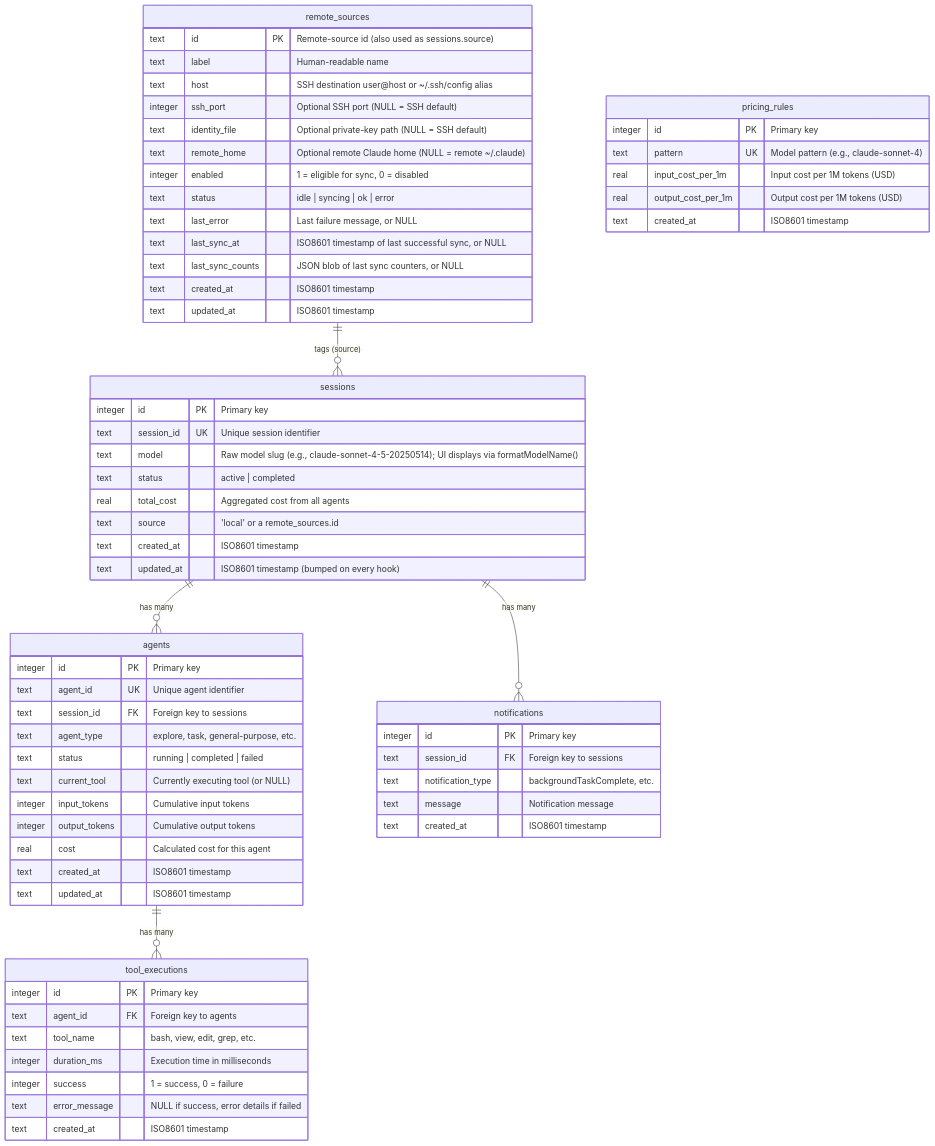
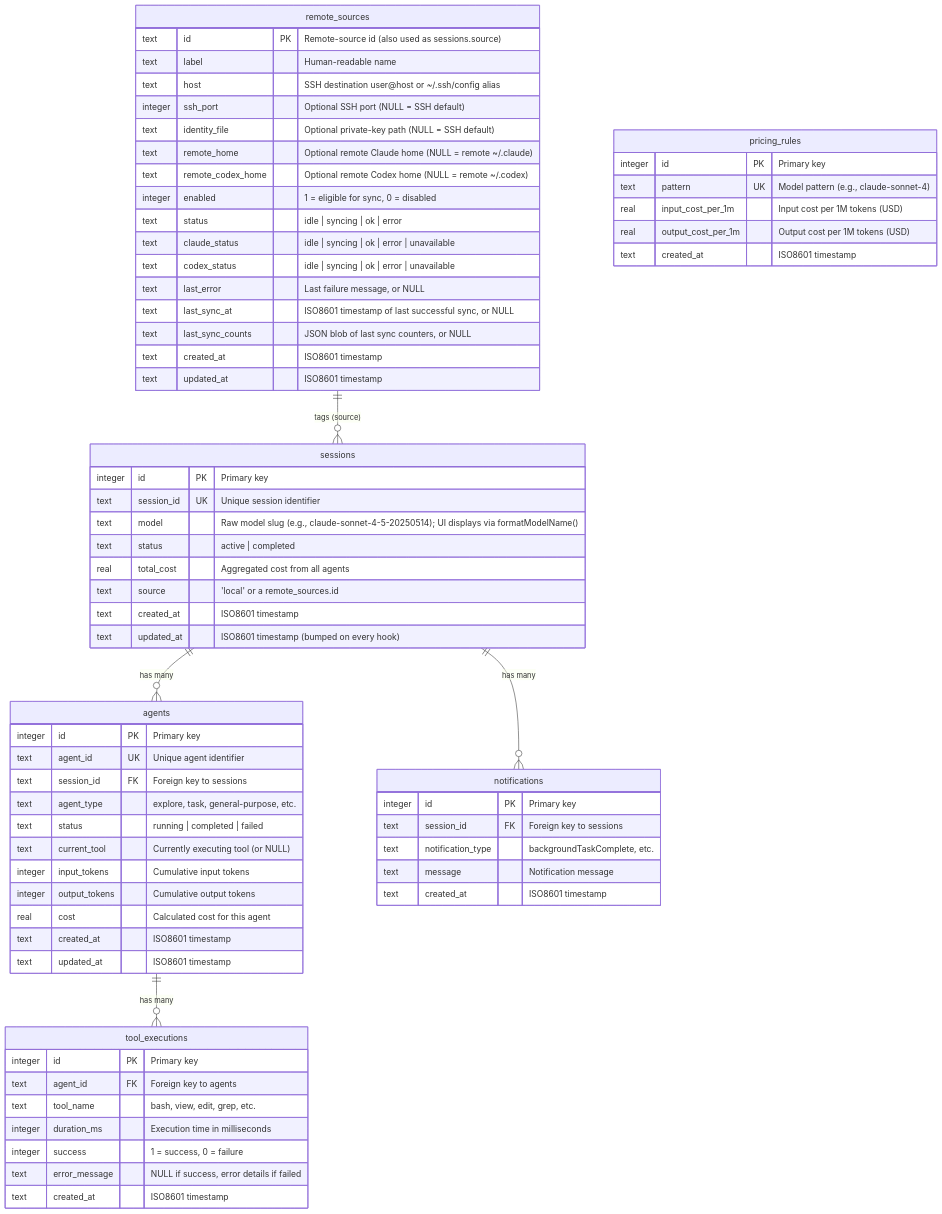
The second of 11 diagrams in docs/DATABASE.md (CorentinPa/Claude-Code-Agent-Monitor), drawn with Mermaid before and after one commit. The commit also changed other lines of this file and 36 other files, not shown here.

Commit message:
feat(remote): sync Claude and Codex histories independently

````diff
--- a/docs/DATABASE.md
+++ b/docs/DATABASE.md
@@ -77,74 +77,77 @@
 ```mermaid
 erDiagram
     sessions ||--o{ agents : "has many"
     agents ||--o{ tool_executions : "has many"
     sessions ||--o{ notifications : "has many"
     remote_sources ||--o{ sessions : "tags (source)"
     
     sessions {
         integer id PK "Primary key"
         text session_id UK "Unique session identifier"
         text model "Raw model slug (e.g., claude-sonnet-4-5-20250514); UI displays via formatModelName()"
         text status "active | completed"
         real total_cost "Aggregated cost from all agents"
         text source "'local' or a remote_sources.id"
         text created_at "ISO8601 timestamp"
         text updated_at "ISO8601 timestamp (bumped on every hook)"
     }
     
     agents {
         integer id PK "Primary key"
         text agent_id UK "Unique agent identifier"
         text session_id FK "Foreign key to sessions"
         text agent_type "explore, task, general-purpose, etc."
         text status "running | completed | failed"
         text current_tool "Currently executing tool (or NULL)"
         integer input_tokens "Cumulative input tokens"
         integer output_tokens "Cumulative output tokens"
         real cost "Calculated cost for this agent"
         text created_at "ISO8601 timestamp"
         text updated_at "ISO8601 timestamp"
     }
     
     tool_executions {
         integer id PK "Primary key"
         text agent_id FK "Foreign key to agents"
         text tool_name "bash, view, edit, grep, etc."
         integer duration_ms "Execution time in milliseconds"
         integer success "1 = success, 0 = failure"
         text error_message "NULL if success, error details if failed"
         text created_at "ISO8601 timestamp"
     }
     
     notifications {
         integer id PK "Primary key"
         text session_id FK "Foreign key to sessions"
         text notification_type "backgroundTaskComplete, etc."
         text message "Notification message"
         text created_at "ISO8601 timestamp"
     }
     
     pricing_rules {
         integer id PK "Primary key"
         text pattern UK "Model pattern (e.g., claude-sonnet-4)"
         real input_cost_per_1m "Input cost per 1M tokens (USD)"
         real output_cost_per_1m "Output cost per 1M tokens (USD)"
         text created_at "ISO8601 timestamp"
     }
 
     remote_sources {
         text id PK "Remote-source id (also used as sessions.source)"
         text label "Human-readable name"
         text host "SSH destination user@host or ~/.ssh/config alias"
         integer ssh_port "Optional SSH port (NULL = SSH default)"
         text identity_file "Optional private-key path (NULL = SSH default)"
         text remote_home "Optional remote Claude home (NULL = remote ~/.claude)"
+        text remote_codex_home "Optional remote Codex home (NULL = remote ~/.codex)"
         integer enabled "1 = eligible for sync, 0 = disabled"
         text status "idle | syncing | ok | error"
+        text claude_status "idle | syncing | ok | error | unavailable"
+        text codex_status "idle | syncing | ok | error | unavailable"
         text last_error "Last failure message, or NULL"
         text last_sync_at "ISO8601 timestamp of last successful sync, or NULL"
         text last_sync_counts "JSON blob of last sync counters, or NULL"
         text created_at "ISO8601 timestamp"
         text updated_at "ISO8601 timestamp"
     }
 ```
````
